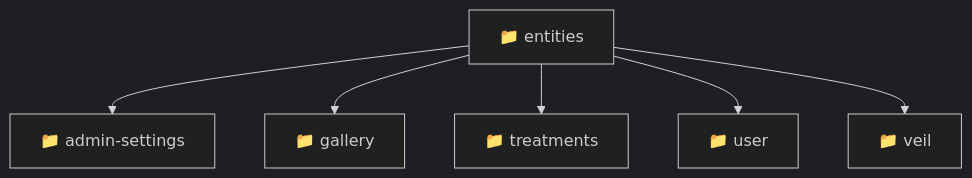
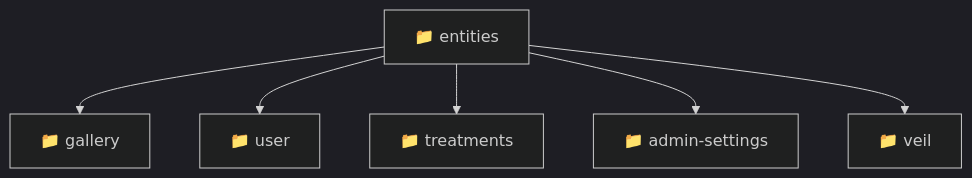
The diagram in frontend/src/entities/README.md (beginwebdev2002/fullstack-mavluda), drawn with Mermaid (dark theme) before and after one commit. The commit also changed other lines of this file and 164 other files, not shown here.

First line of the commit message:
docs: generate robust autonomous architectural documentation

````diff
--- a/frontend/src/entities/README.md
+++ b/frontend/src/entities/README.md
@@ -11,9 +11,9 @@
 ```mermaid
 graph TD
-  Root["📁 entities"]
-  Root --> admin-settings["📁 admin-settings"]
-  Root --> gallery["📁 gallery"]
-  Root --> treatments["📁 treatments"]
-  Root --> user["📁 user"]
-  Root --> veil["📁 veil"]
+    f_entities["📁 entities"]
+    f_entities --> f_gallery["📁 gallery"]
+    f_entities --> f_user["📁 user"]
+    f_entities --> f_treatments["📁 treatments"]
+    f_entities --> f_admin_settings["📁 admin-settings"]
+    f_entities --> f_veil["📁 veil"]
 ```
````
